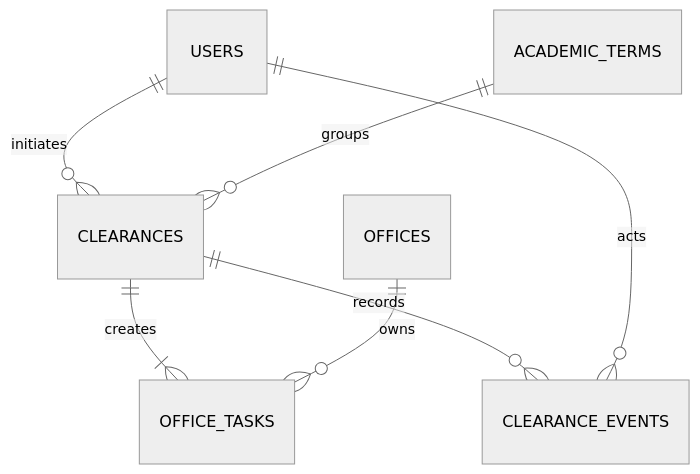
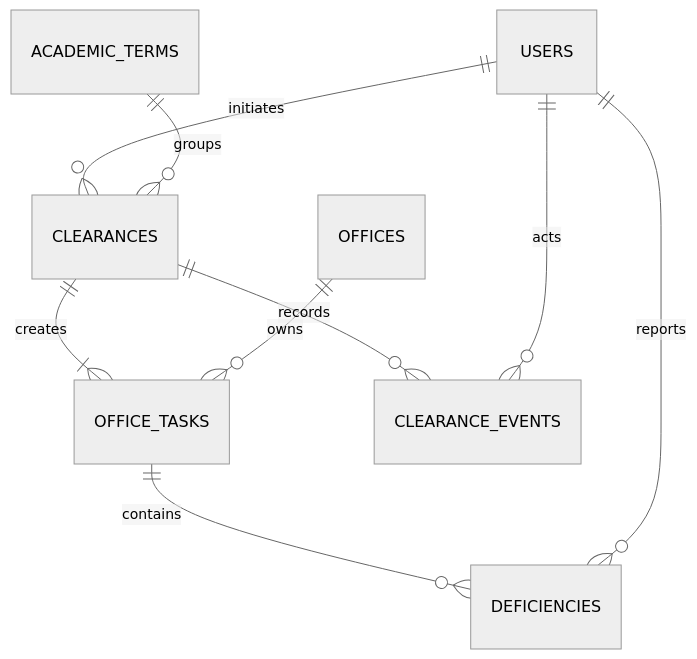
The diagram in docs/DATA-MODEL-AND-ACCESS-CONTROL.md (malapotexhyrone-bit/IPT_Week-13-Advanced-Automation-and-Scripting), drawn with Mermaid (neutral theme) before and after one commit. The commit also changed other lines of this file and 21 other files, not shown here.

````diff
--- a/docs/DATA-MODEL-AND-ACCESS-CONTROL.md
+++ b/docs/DATA-MODEL-AND-ACCESS-CONTROL.md
@@ -19,9 +19,11 @@
 ```mermaid
 erDiagram
     USERS ||--o{ CLEARANCES : initiates
     ACADEMIC_TERMS ||--o{ CLEARANCES : groups
     CLEARANCES ||--|{ OFFICE_TASKS : creates
     OFFICES ||--o{ OFFICE_TASKS : owns
+    OFFICE_TASKS ||--o{ DEFICIENCIES : contains
+    USERS ||--o{ DEFICIENCIES : reports
     CLEARANCES ||--o{ CLEARANCE_EVENTS : records
     USERS ||--o{ CLEARANCE_EVENTS : acts
 ```
````
